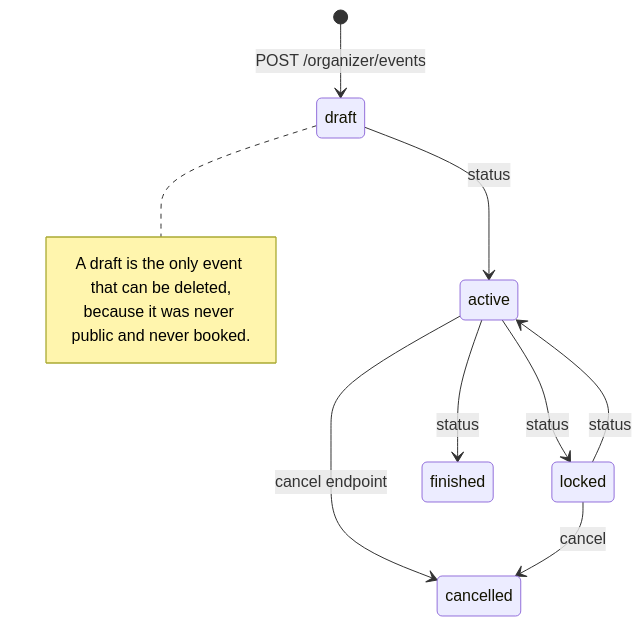
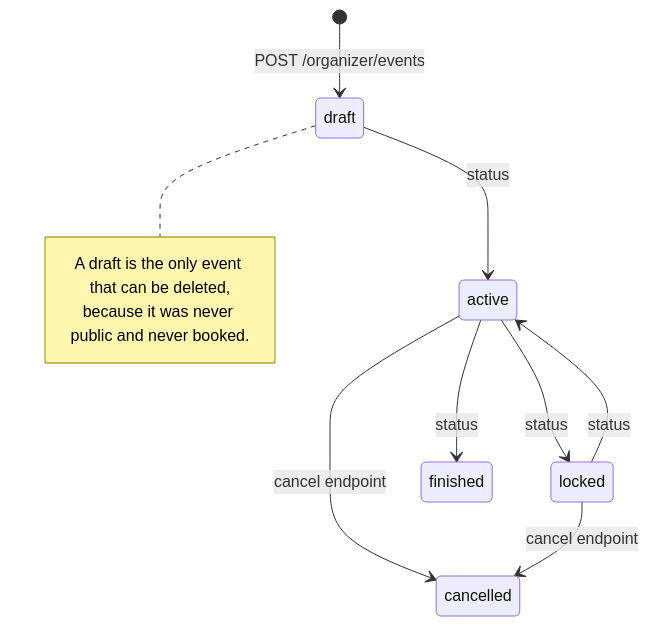
One commit to Glover012/event-booking-api changed the third of 4 diagrams in docs/design.md. Above: the diagram before and after it, drawn with Mermaid. The commit also changed other lines of this file and 3 other files, not shown here.

````diff
--- a/docs/design.md
+++ b/docs/design.md
@@ -377,15 +388,15 @@
 ```mermaid
 stateDiagram-v2
     [*] --> draft : POST /organizer/events
     draft --> active : status
     active --> locked : status
     locked --> active : status
     active --> finished : status
     active --> cancelled : cancel endpoint
-    locked --> cancelled : cancel
+    locked --> cancelled : cancel endpoint
 
     note right of draft
         A draft is the only event that can be deleted,
         because it was never public and never booked.
     end note
 ```
````
